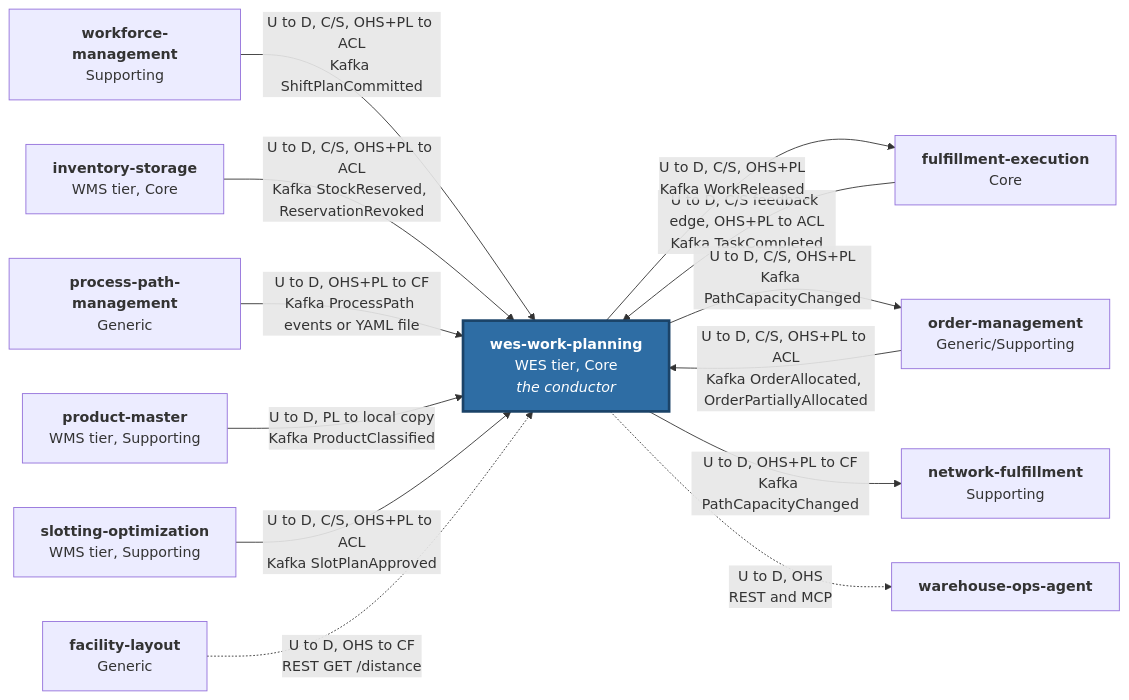
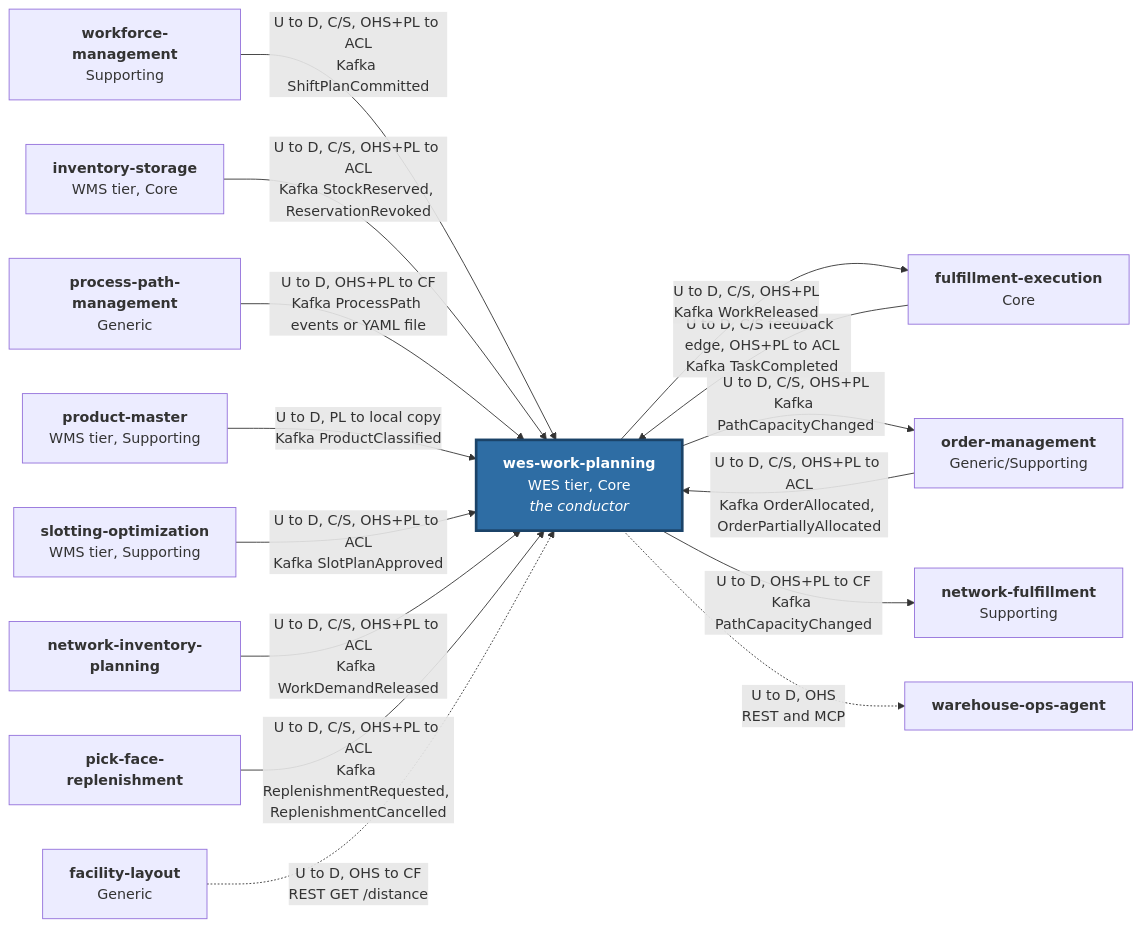
The first of 2 diagrams in docs/docs/ecosystem/context-map.md (IQVO/wes-work-planning), drawn with Mermaid before and after one commit. The commit also changed other lines of this file and 8 other files, not shown here.

Commit message:
docs(wes-work-planning): list every consumed work source in README, overview, ecosystem pages and the AsyncAPI description

````diff
--- a/docs/docs/ecosystem/context-map.md
+++ b/docs/docs/ecosystem/context-map.md
@@ -24,29 +24,33 @@
 ```mermaid
 flowchart LR
     WM["<b>workforce-management</b><br/>Supporting"]
     INV["<b>inventory-storage</b><br/>WMS tier, Core"]
     OM["<b>order-management</b><br/>Generic/Supporting"]
     PPM["<b>process-path-management</b><br/>Generic"]
     FL["<b>facility-layout</b><br/>Generic"]
     WP["<b>wes-work-planning</b><br/>WES tier, Core<br/><i>the conductor</i>"]
     FE["<b>fulfillment-execution</b><br/>Core"]
     NF["<b>network-fulfillment</b><br/>Supporting"]
     PM["<b>product-master</b><br/>WMS tier, Supporting"]
     SO["<b>slotting-optimization</b><br/>WMS tier, Supporting"]
+    NIP["<b>network-inventory-planning</b>"]
+    PFR["<b>pick-face-replenishment</b>"]
     AG["<b>warehouse-ops-agent</b>"]
 
     WM -- "U to D, C/S, OHS+PL to ACL<br/>Kafka ShiftPlanCommitted" --> WP
     INV -- "U to D, C/S, OHS+PL to ACL<br/>Kafka StockReserved, ReservationRevoked" --> WP
     OM -- "U to D, C/S, OHS+PL to ACL<br/>Kafka OrderAllocated, OrderPartiallyAllocated" --> WP
     PPM -- "U to D, OHS+PL to CF<br/>Kafka ProcessPath events or YAML file" --> WP
     PM -- "U to D, PL to local copy<br/>Kafka ProductClassified" --> WP
     SO -- "U to D, C/S, OHS+PL to ACL<br/>Kafka SlotPlanApproved" --> WP
+    NIP -- "U to D, C/S, OHS+PL to ACL<br/>Kafka WorkDemandReleased" --> WP
+    PFR -- "U to D, C/S, OHS+PL to ACL<br/>Kafka ReplenishmentRequested, ReplenishmentCancelled" --> WP
     FE -- "U to D, C/S feedback edge, OHS+PL to ACL<br/>Kafka TaskCompleted" --> WP
     WP -- "U to D, C/S, OHS+PL<br/>Kafka WorkReleased" --> FE
     WP -- "U to D, C/S, OHS+PL<br/>Kafka PathCapacityChanged" --> OM
     WP -- "U to D, OHS+PL to CF<br/>Kafka PathCapacityChanged" --> NF
     FL -. "U to D, OHS to CF<br/>REST GET /distance" .-> WP
     WP -. "U to D, OHS<br/>REST and MCP" .-> AG
 
     style WP fill:#2e6da4,color:#ffffff,stroke:#1b4368,stroke-width:3px
 ```
````
